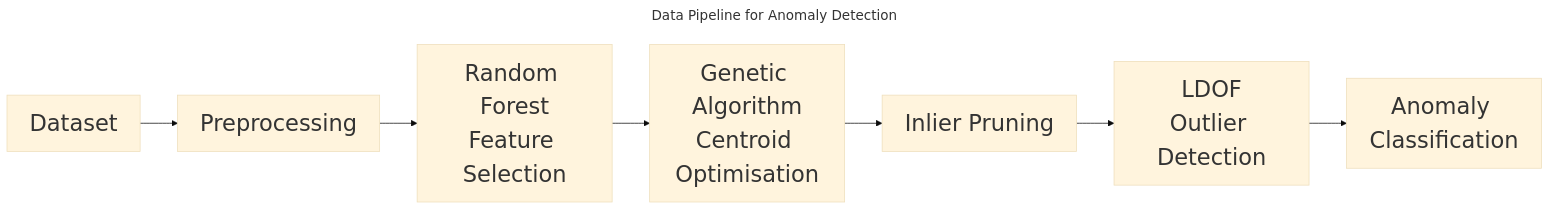
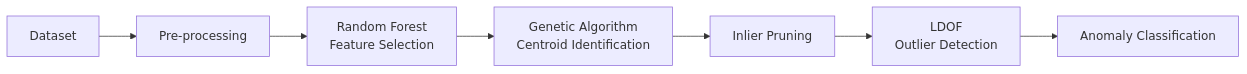
Before and after one commit to Tomnowell/tomnowell.github.io: the diagram in _posts/2026-10-20-Exploring-Machine-Learning-for-Network-Anomaly-Detection.md, drawn with Mermaid. The commit also changed other lines of this file and 22 other files, not shown here.

````diff
--- a/_posts/2026-10-20-Exploring-Machine-Learning-for-Network-Anomaly-Detection.md
+++ b/_posts/2026-10-20-Exploring-Machine-Learning-for-Network-Anomaly-Detection.md
@@ -60,18 +64,9 @@
 ```mermaid
----
-title: Data Pipeline for Anomaly Detection
-config:
-  theme: base
-  themeVariables: 
-    fontSize: 30px
-    titleColor: #75310F
----
-
 flowchart LR;
-  A["Dataset"] --> B["Preprocessing"];
+  A["Dataset"] --> B["Pre-processing"];
   B --> C["Random Forest<br/>Feature Selection"];
-  C --> D["Genetic Algorithm<br/>Centroid Optimisation"];
+  C --> D["Genetic Algorithm<br/>Centroid Identification"];
   D --> E["Inlier Pruning"];
   E --> F["LDOF<br/>Outlier Detection"];
   F --> G["Anomaly Classification"];
 ```
````
